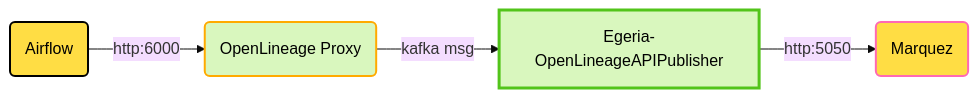
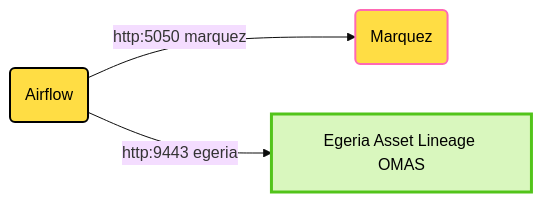
The diagram in compose-configs/optional-associated-runtimes/airflow-marquez/README.md (odpi/egeria-workspaces), drawn with Mermaid (base theme) before and after one commit. The commit also changed other lines of this file and 72 other files, not shown here.

````diff
--- a/compose-configs/optional-associated-runtimes/airflow-marquez/README.md
+++ b/compose-configs/optional-associated-runtimes/airflow-marquez/README.md
@@ -19,10 +21,8 @@
 ```mermaid
 flowchart LR
-    A(Airflow) -->|http:6000| B(OpenLineage Proxy)
-    B --> |kafka msg| C[Egeria-OpenLineageAPIPublisher]
-    C -->|http:5050| D(Marquez)
+    A(Airflow) -->|http:5050 marquez| B(Marquez)
+    A -->|http:9443 egeria| C[Egeria Asset Lineage OMAS]
 style A fill:#FFDD44,stroke:#000000,stroke-width:2px,color:#000000
-style B fill:#D9F7BE,stroke:#FFAA00,stroke-width:2px,color:#000000
+style B fill:#FFDD44,stroke:#FF69B4,stroke-width:2px,color:#000000
 style C fill:#D9F7BE,stroke:#52C41A,stroke-width:3px,color:#000000
-style D fill:#FFDD44,stroke:#FF69B4,stroke-width:2px,color:#000000
 ```
````
